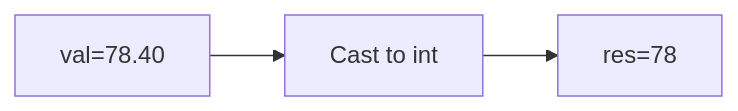
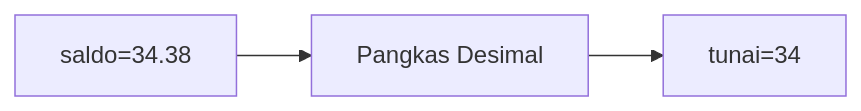
Before and after one commit to amnahwaida/OSNK_INF_PREP: the fourth of 25 diagrams in part-c-pemahaman-cpp/01-tipe-data/latihan/set-03.md, drawn with Mermaid. The commit also changed other lines of this file and 71 other files, not shown here.

````diff
--- a/part-c-pemahaman-cpp/01-tipe-data/latihan/set-03.md
+++ b/part-c-pemahaman-cpp/01-tipe-data/latihan/set-03.md
@@ -103,5 +107,5 @@
 ```mermaid
 graph LR
-A["val=78.40"] --> B["Cast to int"]
-B --> C["res=78"]
+A["saldo=34.38"] --> B["Pangkas Desimal"]
+B --> C["tunai=34"]
 ```
````
